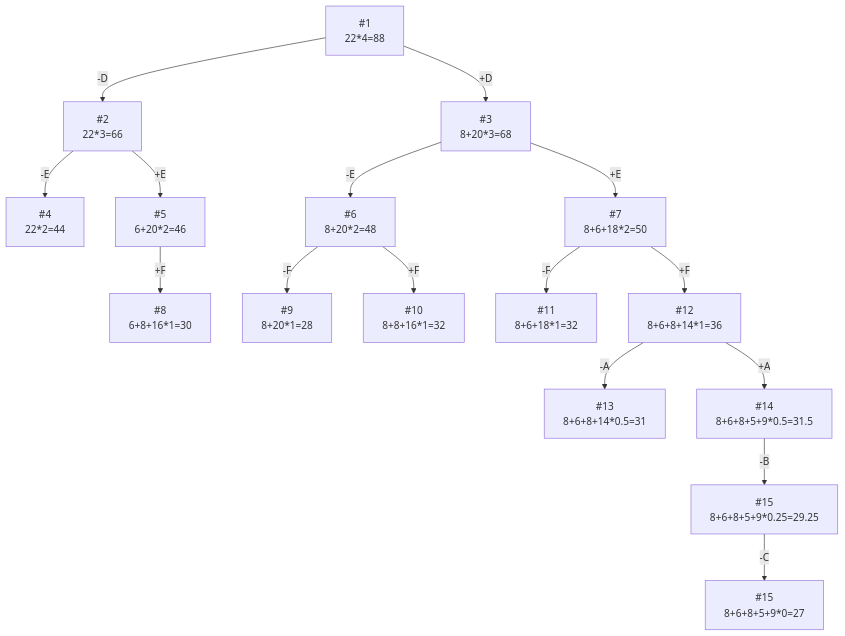
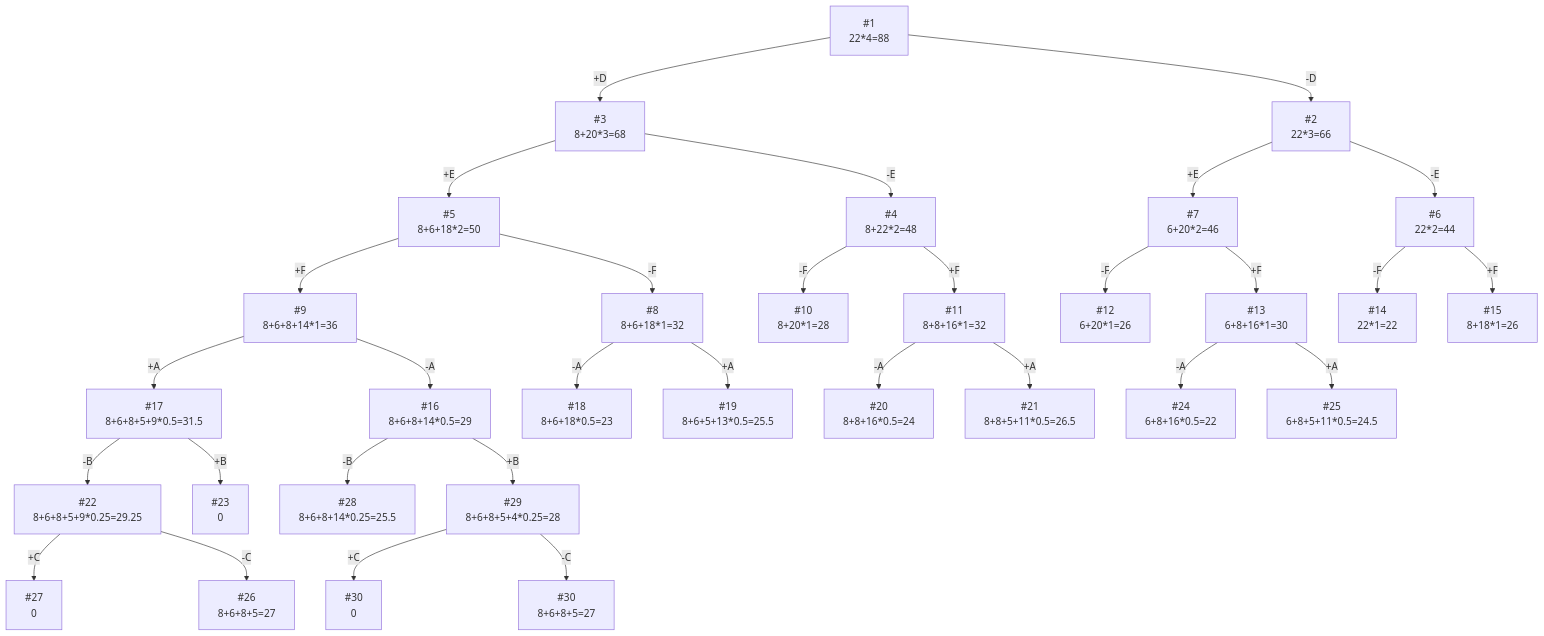
Before and after one commit to HSE-algo-23-crow/manual_tasks: the diagram in task_19/GetBrains_task_19.md, drawn with Mermaid. The commit also changed other lines of this file, not shown here.

````diff
--- a/task_19/GetBrains_task_19.md
+++ b/task_19/GetBrains_task_19.md
@@ -48,34 +48,64 @@
 ```mermaid
 graph TB
 	id1["#1<br>22*4=88"]
     id2["#2<br>22*3=66"]
     id3["#3<br>8+20*3=68"]
-    id4["#4<br>22*2=44"]
-    id5["#5<br>6+20*2=46"]
-    id6["#6<br>8+20*2=48"]
-    id7["#7<br>8+6+18*2=50"]
-    id8["#8<br>6+8+16*1=30"]
-    id9["#9<br>8+20*1=28"]
-    id10["#10<br>8+8+16*1=32"]
-    id11["#11<br>8+6+18*1=32"]
-    id12["#12<br>8+6+8+14*1=36"]
-    id13["#13<br>8+6+8+14*0.5=31"]
-    id14["#14<br>8+6+8+5+9*0.5=31.5"]
-    id15["#15<br>8+6+8+5+9*0.25=29.25"]
-    id16["#15<br>8+6+8+5+9*0=27"]
+    id4["#4<br>8+22*2=48"]
+    id5["#5<br>8+6+18*2=50"]
+    id6["#6<br>22*2=44"]
+    id7["#7<br>6+20*2=46"]
+    id8["#8<br>8+6+18*1=32"]
+    id9["#9<br>8+6+8+14*1=36"]
+    id10["#10<br>8+20*1=28"]
+    id11["#11<br>8+8+16*1=32"]
+    id12["#12<br>6+20*1=26"]
+    id13["#13<br>6+8+16*1=30"]
+    id14["#14<br>22*1=22"]
+    id15["#15<br>8+18*1=26"]
+    id16["#16<br>8+6+8+14*0.5=29"]
+    id17["#17<br>8+6+8+5+9*0.5=31.5"]
+    id18["#18<br>8+6+18*0.5=23"]
+    id19["#19<br>8+6+5+13*0.5=25.5"]
+    id20["#20<br>8+8+16*0.5=24"]
+    id21["#21<br>8+8+5+11*0.5=26.5"]
+    id22["#22<br>8+6+8+5+9*0.25=29.25"]
+    id23["#23<br>0"]
+    id24["#24<br>6+8+16*0.5=22"]
+    id25["#25<br>6+8+5+11*0.5=24.5"]
+    id26["#26<br>8+6+8+5=27"]
+    id27["#27<br>0"]
+    id28["#28<br>8+6+8+14*0.25=25.5"]
+    id29["#29<br>8+6+8+5+4*0.25=28"]
+    id30["#30<br>8+6+8+5=27"]
+    id31["#30<br>0"]
+	id1 -->|"+D"| id3
 	id1 -->|"-D"| id2
-	id1 -->|"+D"| id3
-	id2 -->|"-E"| id4
-	id2 -->|"+E"| id5
-    id3 -->|"-E"| id6
-	id3 -->|"+E"| id7
-	id5 -->|"+F"| id8
-	id6 -->|"-F"| id9
-	id6 -->|"+F"| id10
-	id7 -->|"-F"| id11
-	id7 -->|"+F"| id12
-    id12 -->|"-A"| id13
-    id12 -->|"+A"| id14
-    id14 -->|"-B"| id15
-    id15 -->|"-С"| id16
+	id3 -->|"+E"| id5
+	id3 -->|"-E"| id4
+    id2 -->|"+E"| id7
+	id2 -->|"-E"| id6
+	id5 -->|"-F"| id8
+	id5 -->|"+F"| id9
+	id4 -->|"+F"| id11
+	id4 -->|"-F"| id10
+	id7 -->|"+F"| id13
+    id7 -->|"-F"| id12
+    id6 -->|"+F"| id15
+    id6 -->|"-F"| id14
+    id9 -->|"+A"| id17
+    id9 -->|"-A"| id16
+    id8 -->|"+A"| id19
+    id8 -->|"-A"| id18
+    id11 -->|"+A"| id21
+    id11 -->|"-A"| id20
+    id17 -->|"+B"| id23
+    id17 -->|"-B"| id22
+    id13 -->|"+A"| id25
+    id13 -->|"-A"| id24
+    id22 -->|"+C"| id27
+    id22 -->|"-C"| id26
+    id16 -->|"+B"| id29
+    id16 -->|"-B"| id28
+    id29 -->|"+C"| id31
+    id29 -->|"-C"| id30
 ```
````
